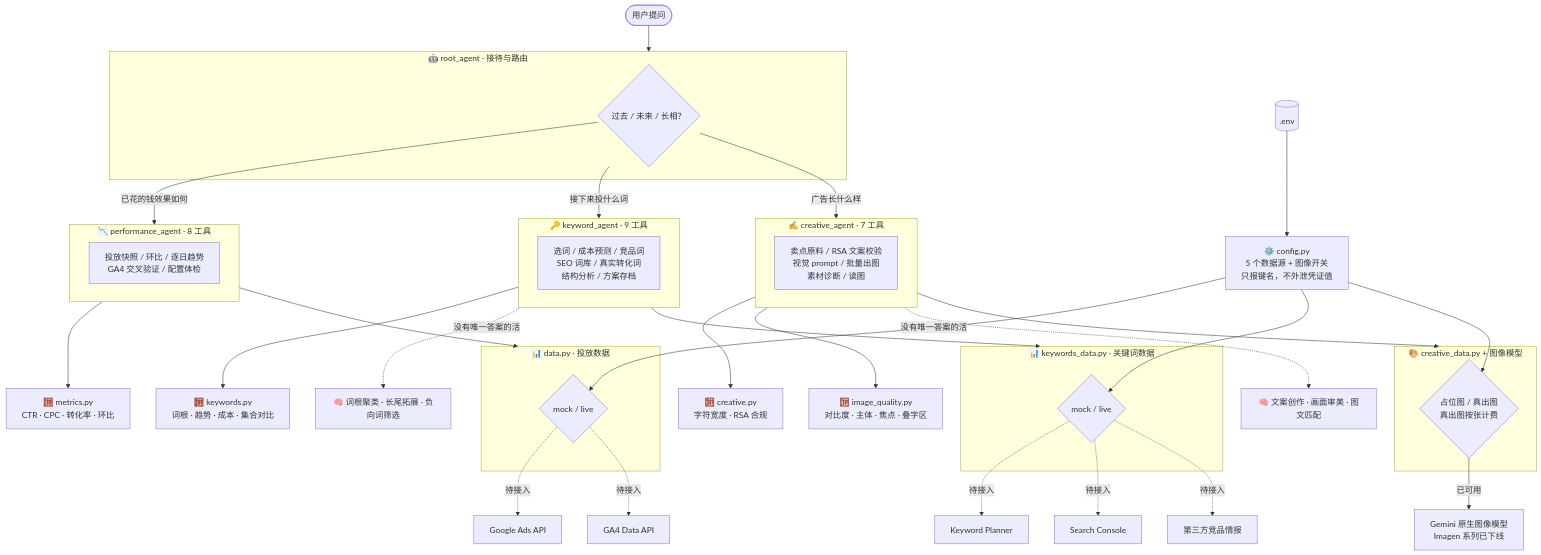
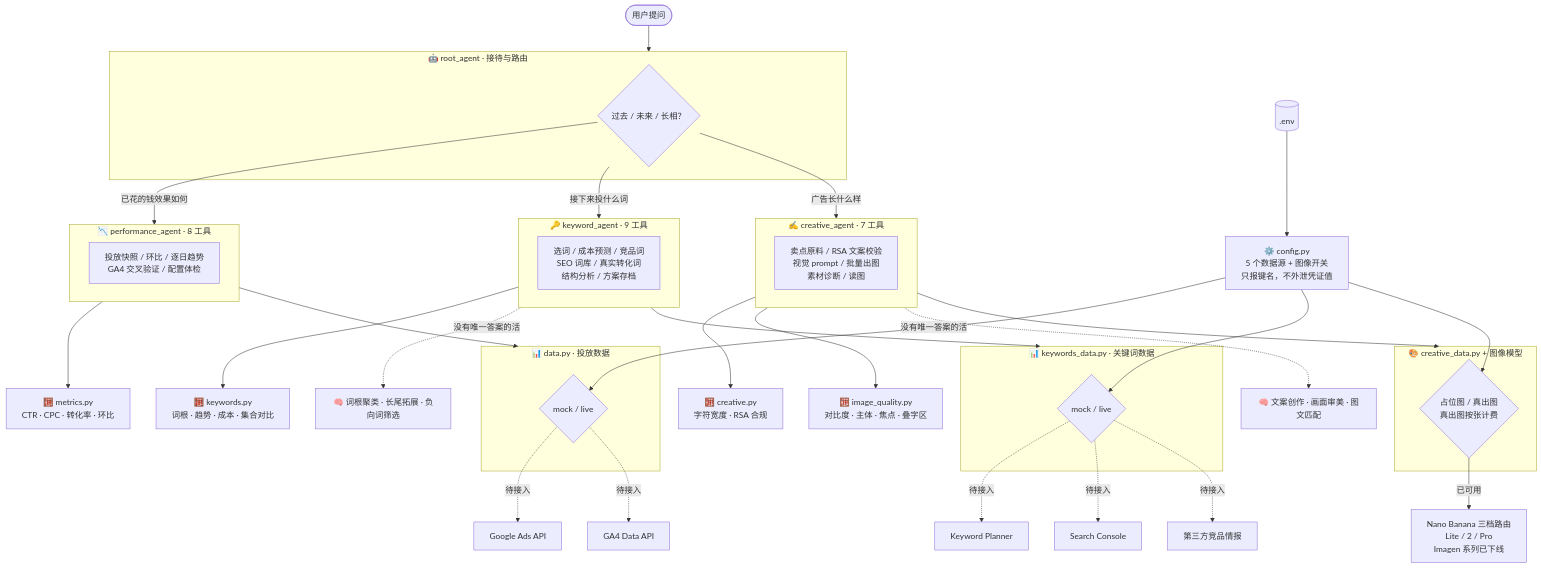
Before and after one commit to JONAS88824/digit_marketing_agent: the diagram in PROJECT_STATUS.md, drawn with Mermaid. The commit also changed other lines of this file and 15 other files, not shown here.

First line of the commit message:
feat: 生图改为 Nano Banana 三档路由；拆分过长文件

````diff
--- a/PROJECT_STATUS.md
+++ b/PROJECT_STATUS.md
@@ -93,58 +97,58 @@
 ```mermaid
 flowchart TB
     User(["用户提问"]) --> Root
 
     subgraph Root["🤖 root_agent · 接待与路由"]
         Route{"过去 / 未来 / 长相？"}
     end
 
     Route -->|"已花的钱效果如何"| Perf
     Route -->|"接下来投什么词"| Kw
     Route -->|"广告长什么样"| Cr
 
     subgraph Perf["📉 performance_agent · 8 工具"]
         P1["投放快照 / 环比 / 逐日趋势<br/>GA4 交叉验证 / 配置体检"]
     end
 
     subgraph Kw["🔑 keyword_agent · 9 工具"]
         K1["选词 / 成本预测 / 竞品词<br/>SEO 词库 / 真实转化词<br/>结构分析 / 方案存档"]
     end
 
     subgraph Cr["✍️ creative_agent · 7 工具"]
         C1["卖点原料 / RSA 文案校验<br/>视觉 prompt / 批量出图<br/>素材诊断 / 读图"]
     end
 
     Perf --> CalcA["🧮 metrics.py<br/>CTR · CPC · 转化率 · 环比"]
     Kw --> CalcB["🧮 keywords.py<br/>词根 · 趋势 · 成本 · 集合对比"]
     Cr --> CalcC["🧮 creative.py<br/>字符宽度 · RSA 合规"]
     Cr --> CalcD["🧮 image_quality.py<br/>对比度 · 主体 · 焦点 · 叠字区"]
 
     Kw -.->|"没有唯一答案的活"| Brain1["🧠 词根聚类 · 长尾拓展 · 负向词筛选"]
     Cr -.->|"没有唯一答案的活"| Brain2["🧠 文案创作 · 画面审美 · 图文匹配"]
 
     Perf --> SrcA
     Kw --> SrcB
     Cr --> SrcC
 
     subgraph SrcA["📊 data.py · 投放数据"]
         SwA{"mock / live"}
     end
     subgraph SrcB["📊 keywords_data.py · 关键词数据"]
         SwB{"mock / live"}
     end
     subgraph SrcC["🎨 creative_data.py + 图像模型"]
         SwC{"占位图 / 真出图<br/>真出图按张计费"}
     end
 
     Config["⚙️ config.py<br/>5 个数据源 + 图像开关<br/>只报键名，不外泄凭证值"] --> SwA
     Config --> SwB
     Config --> SwC
     Env[(".env")] --> Config
 
     SwA -.->|"待接入"| E1["Google Ads API"]
     SwA -.->|"待接入"| E2["GA4 Data API"]
     SwB -.->|"待接入"| E3["Keyword Planner"]
     SwB -.->|"待接入"| E4["Search Console"]
     SwB -.->|"待接入"| E5["第三方竞品情报"]
-    SwC -->|"已可用"| E6["Gemini 原生图像模型<br/>Imagen 系列已下线"]
+    SwC -->|"已可用"| E6["Nano Banana 三档路由<br/>Lite / 2 / Pro<br/>Imagen 系列已下线"]
 ```
````
